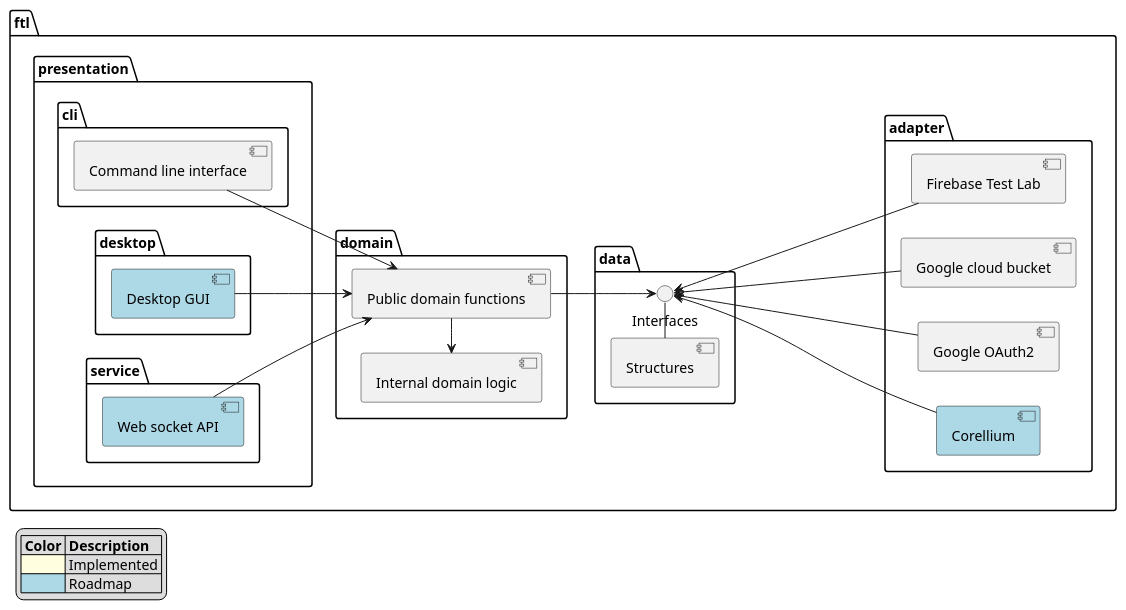
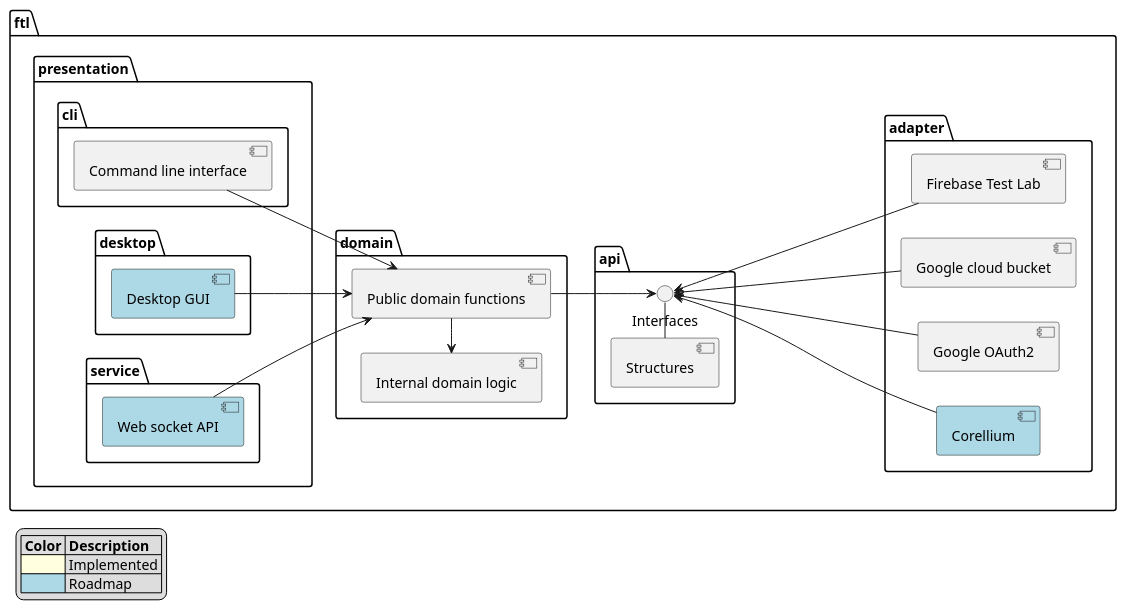
Before and after one commit to Flank/flank: the diagram in docs/hld/flank-component-diagram.puml, drawn with PlantUML.

```diff
--- a/docs/hld/flank-component-diagram.puml
+++ b/docs/hld/flank-component-diagram.puml
@@ -1,52 +1,52 @@
 @startuml
 'https://plantuml.com/component-diagram
 
 left to right direction
 
 legend left
   |= Color |= Description |
   |<#LightYellow>| Implemented |
   |<#LightBlue>| Roadmap |
 end legend
 
 package ftl {
 
 package presentation {
 package cli {
 [Command line interface]
 }
 package desktop {
 [Desktop GUI] #LightBlue
 }
 package service {
 [Web socket API] #LightBlue
 }
 }
 
 package domain {
 [Internal domain logic] <- [Public domain functions]
 }
 
-package data {
+package api {
 [Structures] - () Interfaces
 }
 
 package adapter {
 [Google OAuth2]
 [Google cloud bucket]
 [Firebase Test Lab]
 [Corellium] #LightBlue
 }
 
 [Command line interface] --> [Public domain functions]
 [Desktop GUI] --> [Public domain functions]
 [Web socket API] --> [Public domain functions]
 [Public domain functions] --> Interfaces
 Interfaces <---- [Google OAuth2]
 Interfaces <-- [Google cloud bucket]
 Interfaces <-- [Firebase Test Lab]
 Interfaces <- [Corellium]
 
 }
 
 @enduml
```
